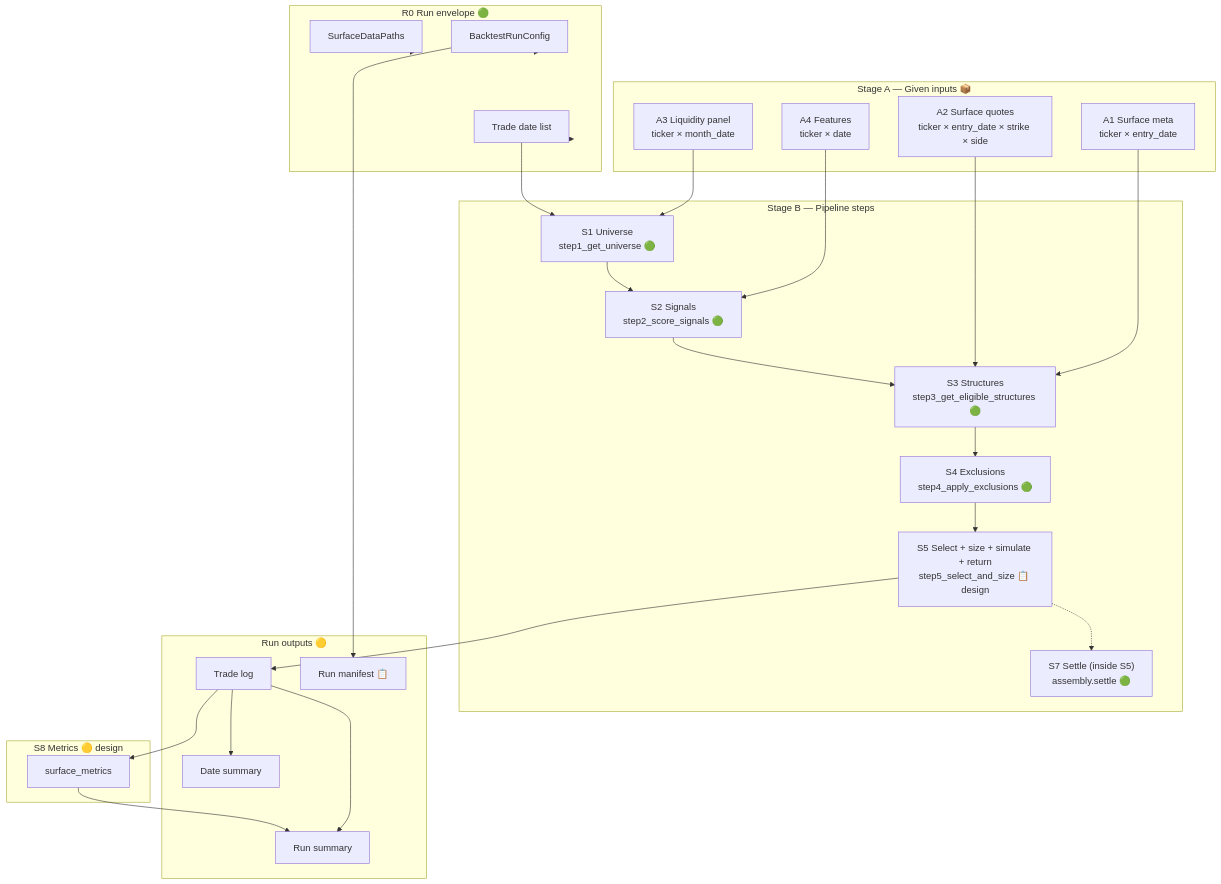
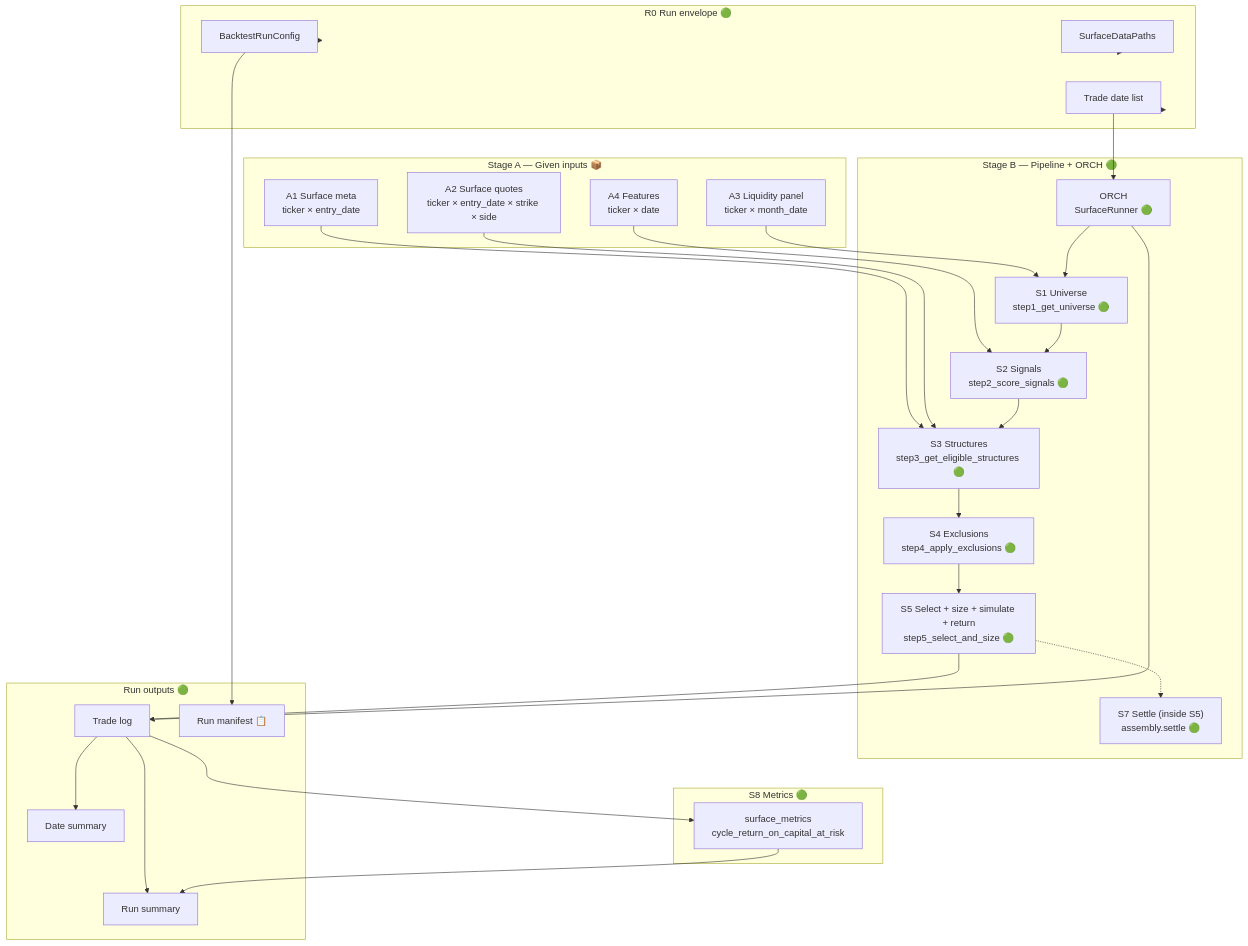
Before and after one commit to dingh/MomentumCVG: the diagram in docs/surface_engine_data_flow.md, drawn with Mermaid. The commit also changed other lines of this file and 6 other files, not shown here.

````diff
--- a/docs/surface_engine_data_flow.md
+++ b/docs/surface_engine_data_flow.md
@@ -27,55 +27,58 @@
 ```mermaid
 flowchart TB
   subgraph stageA ["Stage A — Given inputs 📦"]
     META["A1 Surface meta<br/>ticker × entry_date"]
     QUOTES["A2 Surface quotes<br/>ticker × entry_date × strike × side"]
     LIQ["A3 Liquidity panel<br/>ticker × month_date"]
     FEAT["A4 Features<br/>ticker × date"]
   end
 
   subgraph envelope ["R0 Run envelope 🟢"]
     CFG["BacktestRunConfig"]
     PATHS["SurfaceDataPaths"]
     DATES["Trade date list"]
   end
 
-  subgraph pipeline ["Stage B — Pipeline steps"]
+  subgraph pipeline ["Stage B — Pipeline + ORCH 🟢"]
     S1["S1 Universe<br/>step1_get_universe 🟢"]
     S2["S2 Signals<br/>step2_score_signals 🟢"]
     S3["S3 Structures<br/>step3_get_eligible_structures 🟢"]
     S4["S4 Exclusions<br/>step4_apply_exclusions 🟢"]
-    S5["S5 Select + size + simulate + return<br/>step5_select_and_size 📋 design"]
+    S5["S5 Select + size + simulate + return<br/>step5_select_and_size 🟢"]
     S7["S7 Settle (inside S5)<br/>assembly.settle 🟢"]
+    ORCH["ORCH<br/>SurfaceRunner 🟢"]
   end
 
-  subgraph outputs ["Run outputs 🟡"]
+  subgraph outputs ["Run outputs 🟢"]
     LOG["Trade log"]
     DSUM["Date summary"]
     RSUM["Run summary"]
     MAN["Run manifest 📋"]
   end
 
-  subgraph metrics ["S8 Metrics 🟡 design"]
-    MET["surface_metrics"]
+  subgraph metrics ["S8 Metrics 🟢"]
+    MET["surface_metrics<br/>cycle_return_on_capital_at_risk"]
   end
 
   META --> S3
   QUOTES --> S3
   LIQ --> S1
   FEAT --> S2
   CFG --> envelope
   PATHS --> envelope
   envelope --> DATES
-  DATES --> S1
+  DATES --> ORCH
+  ORCH --> S1
   S1 --> S2
   S2 --> S3
   S3 --> S4
   S4 --> S5
   S5 --> LOG
   S5 -.-> S7
+  ORCH --> LOG
   LOG --> DSUM
   LOG --> RSUM
   LOG --> MET
   MET --> RSUM
   CFG --> MAN
 ```
````
